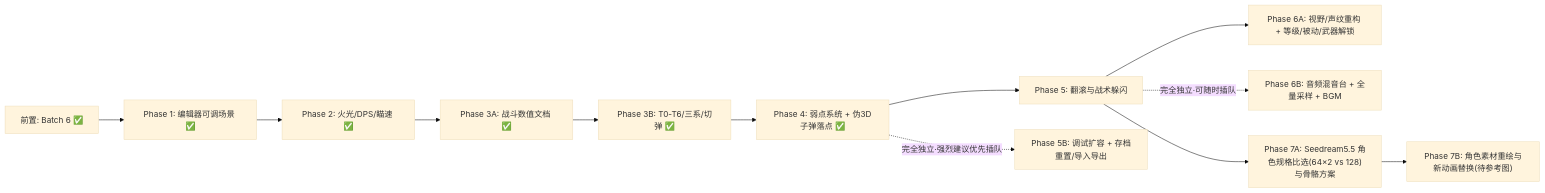
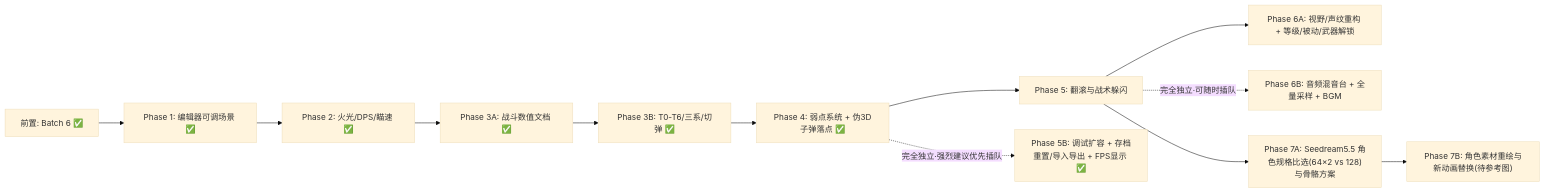
Before and after one commit to FiumeCAt/-Operation-Thistle: the diagram in docs/roadmap_v2.md, drawn with Mermaid (base theme). The commit also changed other lines of this file and 15 other files, not shown here.

````diff
--- a/docs/roadmap_v2.md
+++ b/docs/roadmap_v2.md
@@ -11,14 +11,14 @@
 ```mermaid
 flowchart LR
     B6["前置: Batch 6 ✅"] --> P1["Phase 1: 编辑器可调场景 ✅"]
     P1 --> P2["Phase 2: 火光/DPS/瞄速 ✅"]
     P2 --> P3A["Phase 3A: 战斗数值文档 ✅"]
     P3A --> P3B["Phase 3B: T0-T6/三系/切弹 ✅"]
     P3B --> P4["Phase 4: 弱点系统 + 伪3D子弹落点 ✅"]
     P4 --> P5["Phase 5: 翻滚与战术躲闪"]
     P5 --> P6A["Phase 6A: 视野/声纹重构 + 等级/被动/武器解锁"]
-    P4 -.->|"完全独立·强烈建议优先插队"| P5B["Phase 5B: 调试扩容 + 存档重置/导入导出"]
+    P4 -.->|"完全独立·强烈建议优先插队"| P5B["Phase 5B: 调试扩容 + 存档重置/导入导出 + FPS显示 ✅"]
     P5 -.->|"完全独立·可随时插队"| P6B["Phase 6B: 音频混音台 + 全量采样 + BGM"]
     P5 --> P7A["Phase 7A: Seedream5.5 角色规格比选(64×2 vs 128)与骨骼方案"]
     P7A --> P7B["Phase 7B: 角色素材重绘与新动画替换(待参考图)"]
 ```
````
